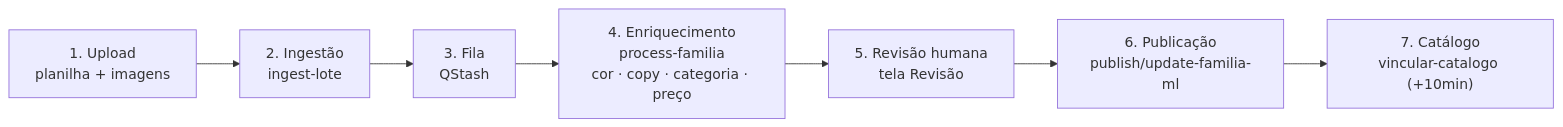
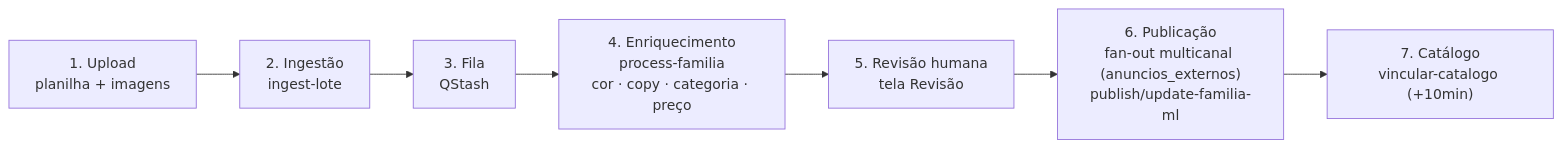
The second of 2 diagrams in obsidian-vault/01-Arquitetura/Arquitetura Geral.md (analistasistemas-bit/gtinmktplace), drawn with Mermaid before and after one commit. The commit also changed other lines of this file and 2 other files, not shown here.

First line of the commit message:
docs: corrige diagramas mermaid desatualizados e registra entrega dos diagramas Archify

````diff
--- a/obsidian-vault/01-Arquitetura/Arquitetura Geral.md
+++ b/obsidian-vault/01-Arquitetura/Arquitetura Geral.md
@@ -78,9 +79,9 @@
 ```mermaid
 flowchart LR
     U["1. Upload<br/>planilha + imagens"] --> I["2. Ingestão<br/>ingest-lote"]
     I --> Q["3. Fila<br/>QStash"]
     Q --> E["4. Enriquecimento<br/>process-familia<br/>cor · copy · categoria · preço"]
     E --> R["5. Revisão humana<br/>tela Revisão"]
-    R --> P["6. Publicação<br/>publish/update-familia-ml"]
+    R --> P["6. Publicação<br/>fan-out multicanal (anuncios_externos)<br/>publish/update-familia-ml"]
     P --> C["7. Catálogo<br/>vincular-catalogo (+10min)"]
 ```
````
